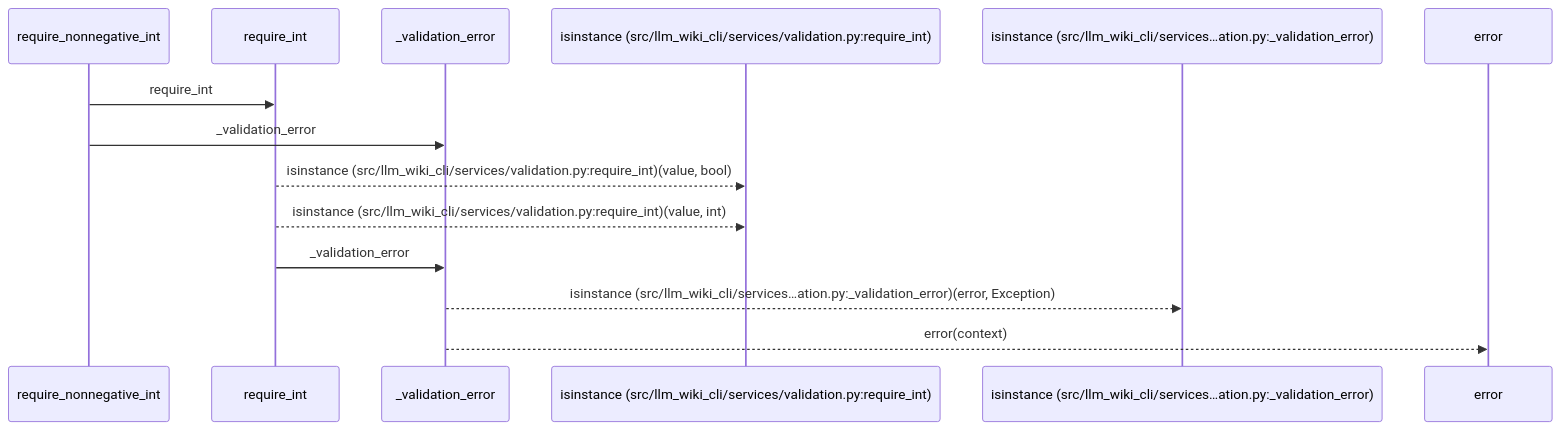
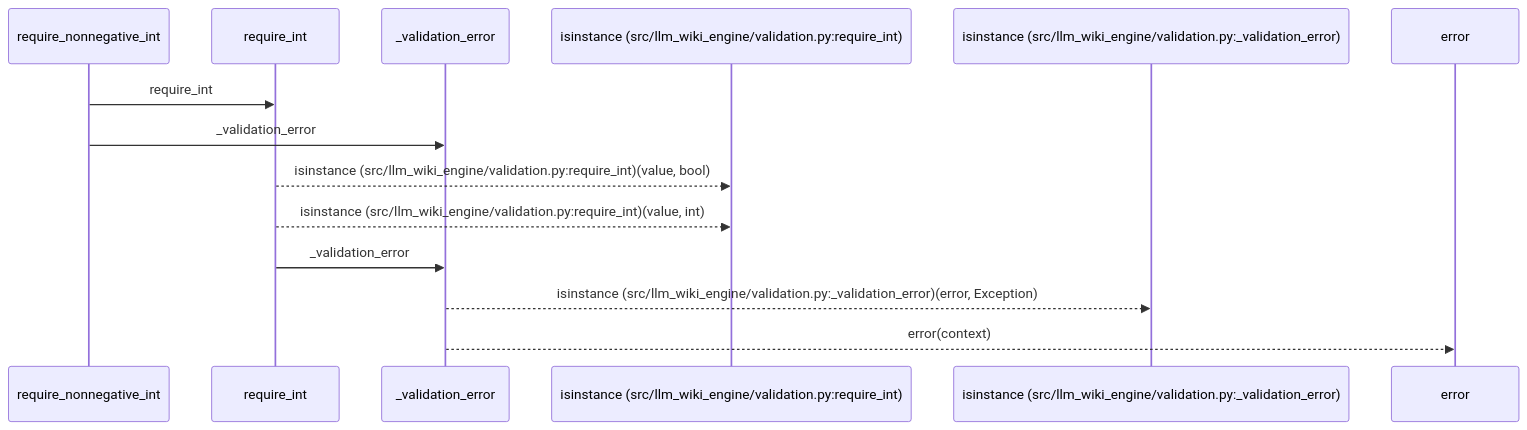
Before and after one commit to Denissvgn/python-wiki-llm: the first of 2 diagrams in docs/llm_wiki/flows/api-require_nonnegative_int.md, drawn with Mermaid. The commit also changed other lines of this file and 1103 other files, not shown here.

First line of the commit message:
docs: refresh the wiki for the llm-wiki-engine distribution

````diff
--- a/docs/llm_wiki/flows/api-require_nonnegative_int.md
+++ b/docs/llm_wiki/flows/api-require_nonnegative_int.md
@@ -12,16 +12,16 @@
 ```mermaid
 sequenceDiagram
     participant p0 as require_nonnegative_int
     participant p1 as require_int
     participant p2 as _validation_error
-    participant p3 as isinstance (src/llm_wiki_cli/services/validation.py:require_int)
-    participant p4 as isinstance (src/llm_wiki_cli/services…ation.py:_validation_error)
+    participant p3 as isinstance (src/llm_wiki_engine/validation.py:require_int)
+    participant p4 as isinstance (src/llm_wiki_engine/validation.py:_validation_error)
     participant p5 as error
     p0->>p1: require_int
     p0->>p2: _validation_error
-    p1-->>p3: isinstance (src/llm_wiki_cli/services/validation.py:require_int)(value, bool)
-    p1-->>p3: isinstance (src/llm_wiki_cli/services/validation.py:require_int)(value, int)
+    p1-->>p3: isinstance (src/llm_wiki_engine/validation.py:require_int)(value, bool)
+    p1-->>p3: isinstance (src/llm_wiki_engine/validation.py:require_int)(value, int)
     p1->>p2: _validation_error
-    p2-->>p4: isinstance (src/llm_wiki_cli/services…ation.py:_validation_error)(error, Exception)
+    p2-->>p4: isinstance (src/llm_wiki_engine/validation.py:_validation_error)(error, Exception)
     p2-->>p5: error(context)
 ```
````
